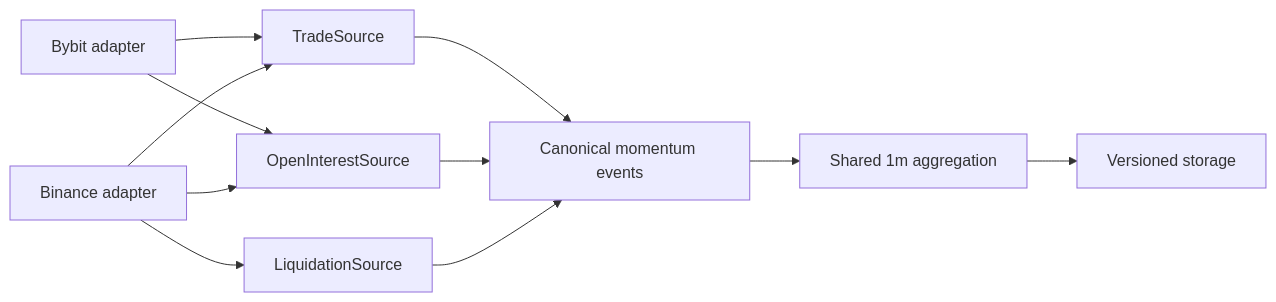
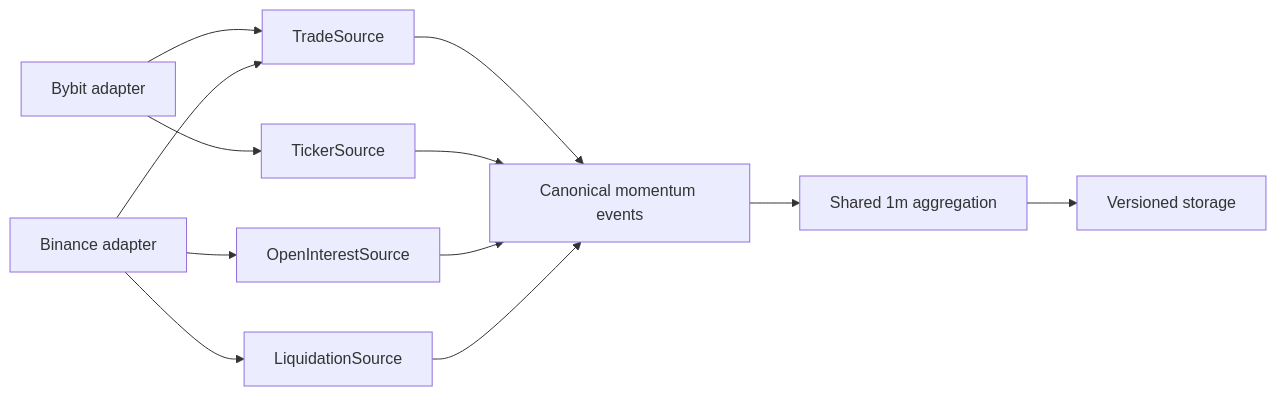
Before and after one commit to mavlevich/schurfer: the diagram in docs/research/momentum-venue-capability-matrix-v1.md, drawn with Mermaid. The commit also changed other lines of this file and 7 other files, not shown here.

````diff
--- a/docs/research/momentum-venue-capability-matrix-v1.md
+++ b/docs/research/momentum-venue-capability-matrix-v1.md
@@ -42,13 +42,14 @@
 ```mermaid
 flowchart LR
     B["Bybit adapter"] --> T["TradeSource"]
-    B --> O["OpenInterestSource"]
+    B --> K["TickerSource"]
     N["Binance adapter"] --> T
-    N --> O
+    N --> O["OpenInterestSource"]
     N --> L["LiquidationSource"]
     T --> C["Canonical momentum events"]
+    K --> C
     O --> C
     L --> C
     C --> A["Shared 1m aggregation"]
     A --> S["Versioned storage"]
 ```
````
